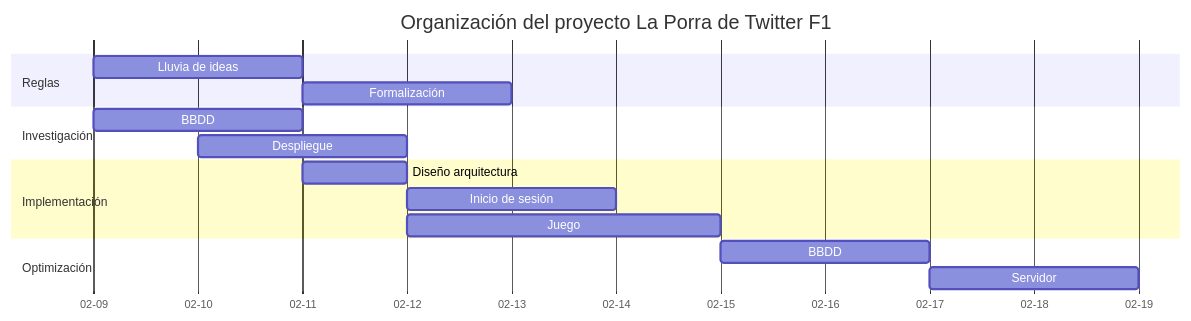
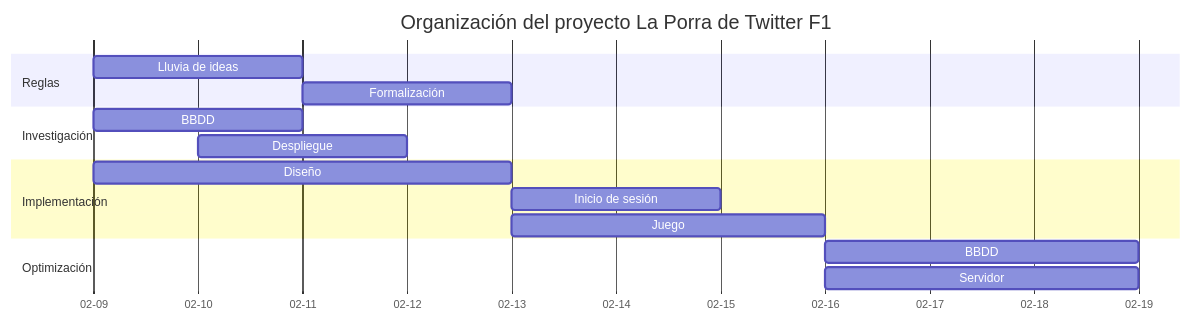
One commit to enriqueesanchz/enriqueesanchz.github.io changed the diagram in _posts/2023-02-25-Como-consegui-400-usuarios.md. Above: the diagram before and after it, drawn with Mermaid. The commit also changed other lines of this file, not shown here.

Commit message:
[Como consegui 400 usuarios] gantt 4 secciones

````diff
--- a/_posts/2023-02-25-Como-consegui-400-usuarios.md
+++ b/_posts/2023-02-25-Como-consegui-400-usuarios.md
@@ -28,23 +27,23 @@
 ```mermaid
  gantt
   dateFormat  YYYY-MM-DD
   axisFormat %m-%d
   title  Organización del proyecto La Porra de Twitter F1
   
   section Reglas
   Lluvia de ideas :a, 2022-02-09, 2d
   Formalización :b, after a, 2d
   
   section Investigación
   BBDD :c, 2022-02-09, 2d
   Despliegue :e, 2022-02-10, 2d
   
   section Implementación
-  Diseño arquitectura :f, 2022-02-11, 1d
+  Diseño :f, 2022-02-09, 4d
   Inicio de sesión :d, after f, 2d
   Juego :g, after f, 3d
   
   section Optimización
-  BBDD: h, 2022-02-15, 2d
-  Servidor: i, 2022-02-17, 2d
+  BBDD: h, 2022-02-16, 3d
+  Servidor: i, 2022-02-16, 3d
 ```
````
